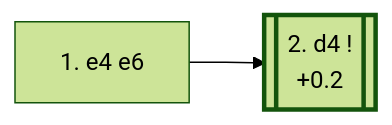
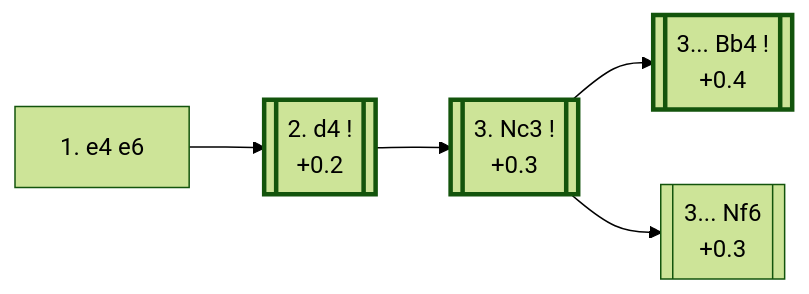
Before and after one commit to onclemarcel/chess_flashcards: the diagram in e4_openings/e4_e6_French.md, drawn with Mermaid (forest theme). The commit also changed other lines of this file and 53 other files, not shown here.

````diff
--- a/e4_openings/e4_e6_French.md
+++ b/e4_openings/e4_e6_French.md
@@ -12,10 +12,18 @@
 ```mermaid
 flowchart LR
     classDef main stroke-width:3px;
 
     e6["1. e4 e6"]
     click e6 "#_initial_move_" "C00 · French Defense"
 
     e6 --> d4[["2. d4 !<br/>+0.2"]]:::main
     click d4 "#_d4_" "C00 · French Defense"
+
+    d4 --> Nc3[["3. Nc3 !<br/>+0.3"]]:::main
+    click Nc3 "#_Nc3_" "C10 · French Defense: Paulsen Variation"
+
+    Nc3 --> Bb4[["3... Bb4 !<br/>+0.4"]]:::main
+    click Bb4 "#_Nc3_" "C15 · French Defense: Winawer Variation"
+    Nc3 --> Nf6[["3... Nf6<br/>+0.3"]]
+    click Nf6 "#_Nc3_" "C11 · French Defense: Classical Variation"
 ```
````
